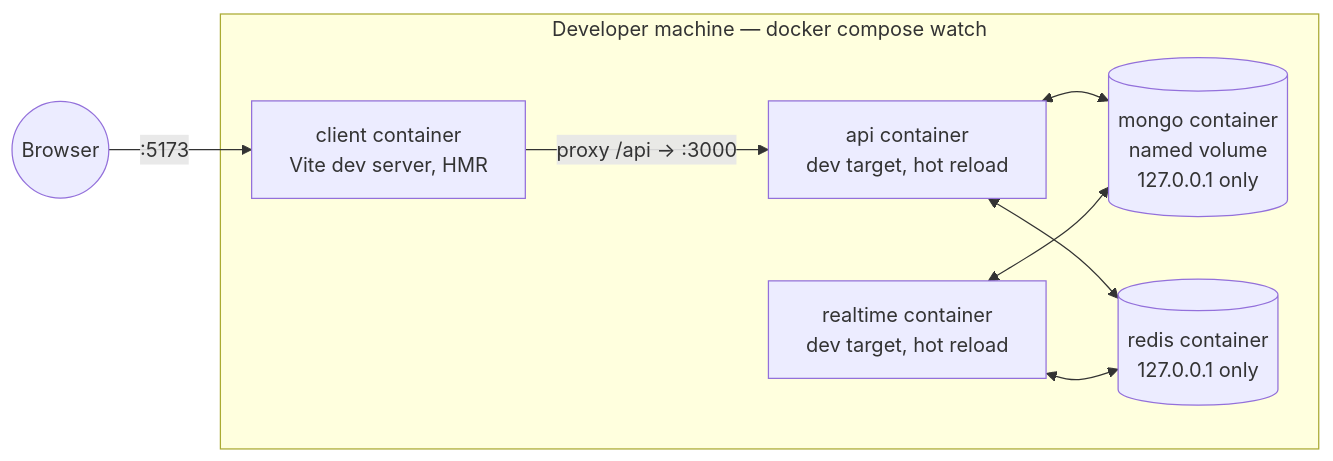
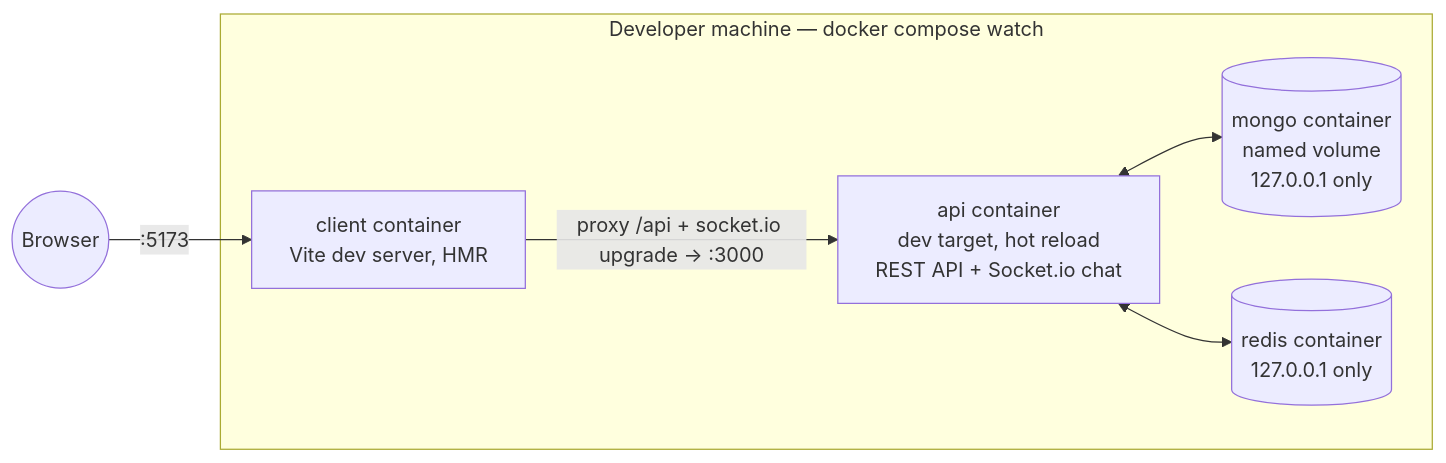
One commit to YonatanHen/Blog-Chat-app changed the third of 4 diagrams in docs/architecture/deployment-architecture.md. Above: the diagram before and after it, drawn with Mermaid. The commit also changed other lines of this file and 2 other files, not shown here.

First line of the commit message:
docs: chat is built - tick the section 14 chat items and update the README

````diff
--- a/docs/architecture/deployment-architecture.md
+++ b/docs/architecture/deployment-architecture.md
@@ -116,16 +116,13 @@
 ```mermaid
 flowchart LR
     Browser(("Browser")) -->|":5173"| Vite
     subgraph Laptop["Developer machine — docker compose watch"]
         Vite["client container<br/>Vite dev server, HMR"]
-        Vite -->|"proxy /api → :3000"| ApiDev
-        ApiDev["api container<br/>dev target, hot reload"]
-        RealtimeDev["realtime container<br/>dev target, hot reload"]
+        Vite -->|"proxy /api + socket.io upgrade → :3000"| ApiDev
+        ApiDev["api container<br/>dev target, hot reload<br/>REST API + Socket.io chat"]
         MongoDev[("mongo container<br/>named volume<br/>127.0.0.1 only")]
         RedisDev[("redis container<br/>127.0.0.1 only")]
         ApiDev <--> MongoDev
         ApiDev <--> RedisDev
-        RealtimeDev <--> MongoDev
-        RealtimeDev <--> RedisDev
     end
 ```
````
